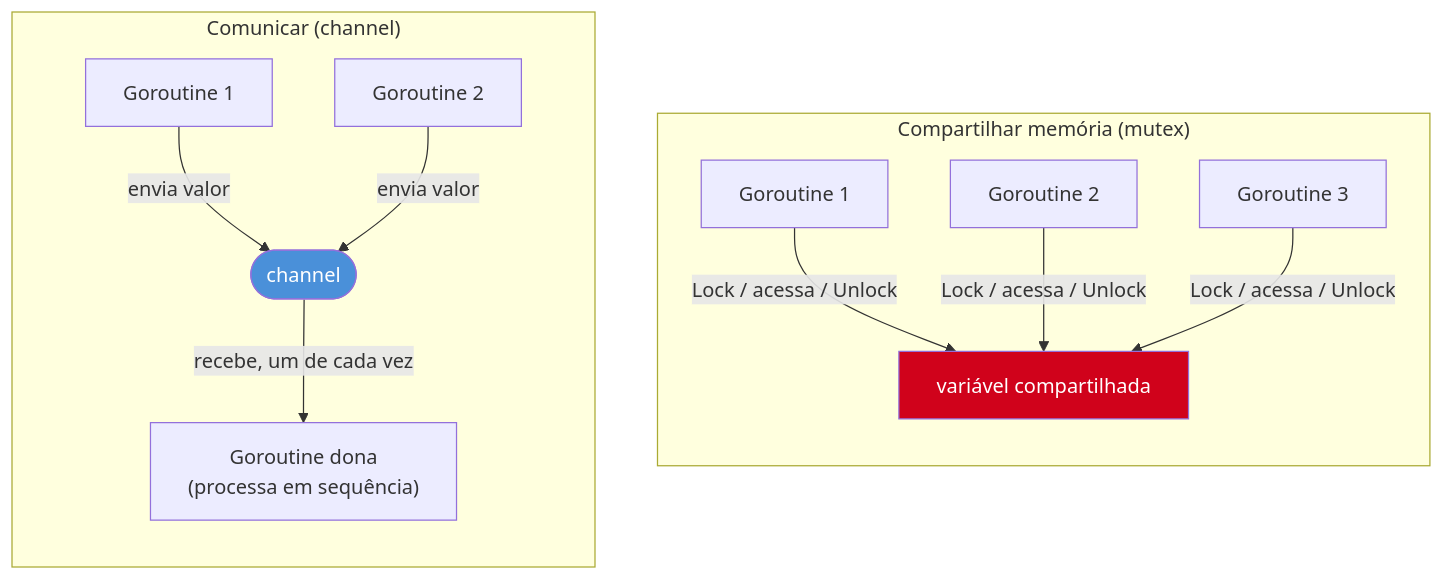
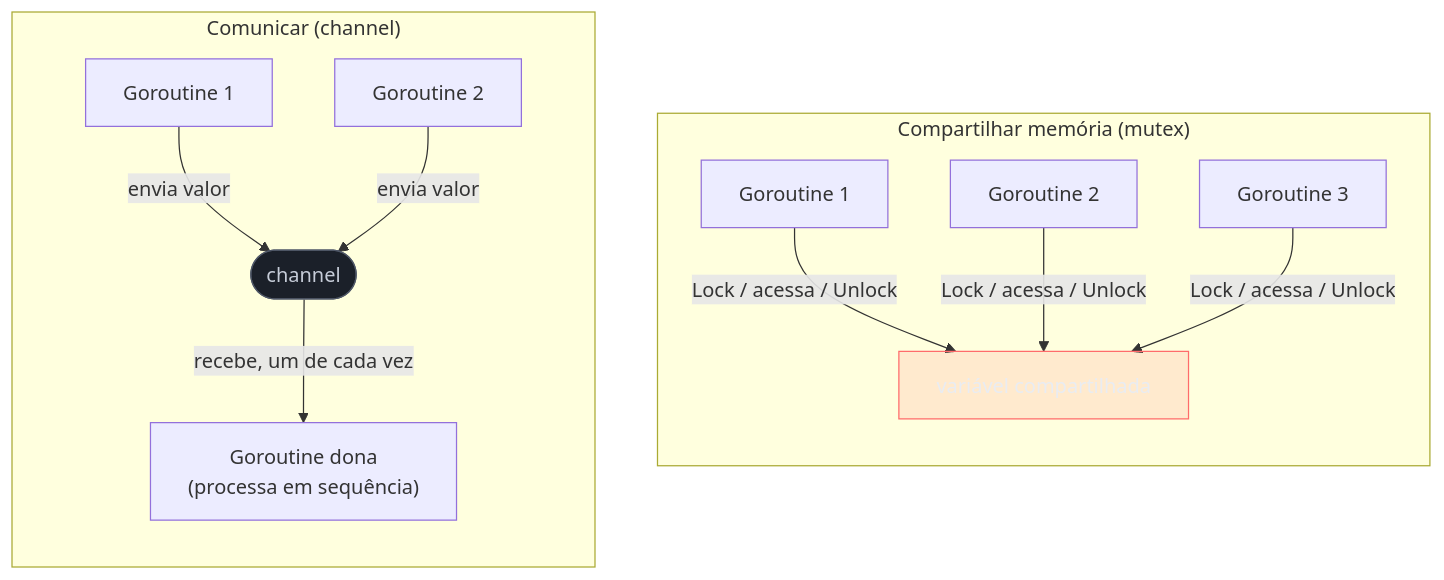
One commit to josenaldo/codex-technomanticus changed the first of 2 diagrams in 03-Dominios/Tecnologia/Go/07 - Goroutines e o scheduler/05 - Comunicar em vez de compartilhar.md. Above: the diagram before and after it, drawn with Mermaid. The commit also changed 1181 other files, not shown here.

First line of the commit message:
fix(diagramas): paleta do sistema no lugar de cor cravada no markdown

````diff
--- a/03-Dominios/Tecnologia/Go/07 - Goroutines e o scheduler/05 - Comunicar em vez de compartilhar.md
+++ b/03-Dominios/Tecnologia/Go/07 - Goroutines e o scheduler/05 - Comunicar em vez de compartilhar.md
@@ -65,19 +65,21 @@
 ```mermaid
 flowchart TB
+    classDef falha fill:#FF6B6B24,stroke:#FF6B6B,color:#E9ECF2
+    classDef neutro fill:#1B2029,stroke:#4E5666,color:#C6CCD8
     subgraph A["Compartilhar memória (mutex)"]
         direction TB
         A1["Goroutine 1"] -->|"Lock / acessa / Unlock"| M["variável compartilhada"]
         A2["Goroutine 2"] -->|"Lock / acessa / Unlock"| M
         A3["Goroutine 3"] -->|"Lock / acessa / Unlock"| M
     end
 
     subgraph B["Comunicar (channel)"]
         direction TB
         B1["Goroutine 1"] -->|"envia valor"| C(["channel"])
         B2["Goroutine 2"] -->|"envia valor"| C
         C -->|"recebe, um de cada vez"| B3["Goroutine dona\n(processa em sequência)"]
     end
 
-    style M fill:#D0021B,color:#fff
-    style C fill:#4A90D9,color:#fff
+    class M falha
+    class C neutro
 ```
````
